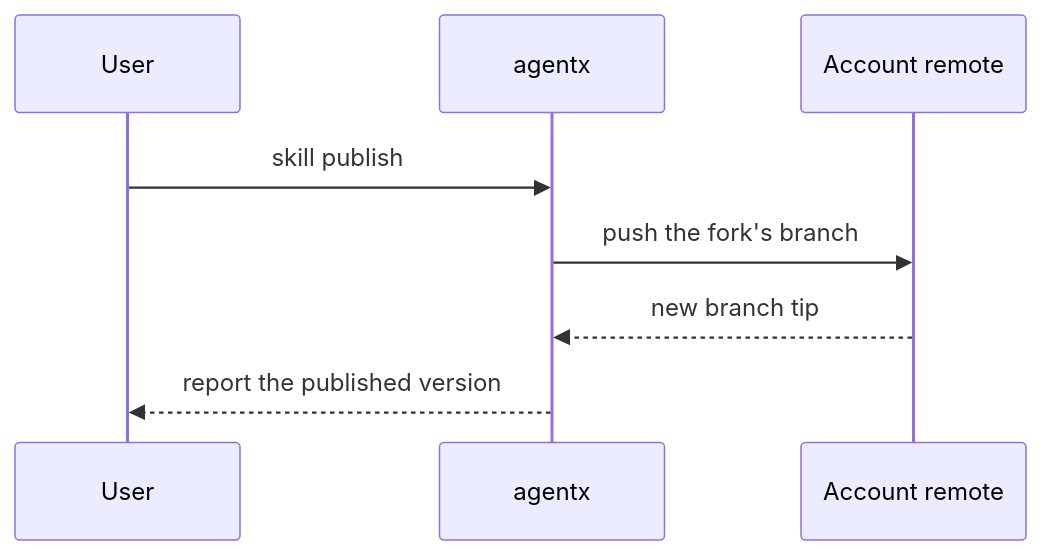
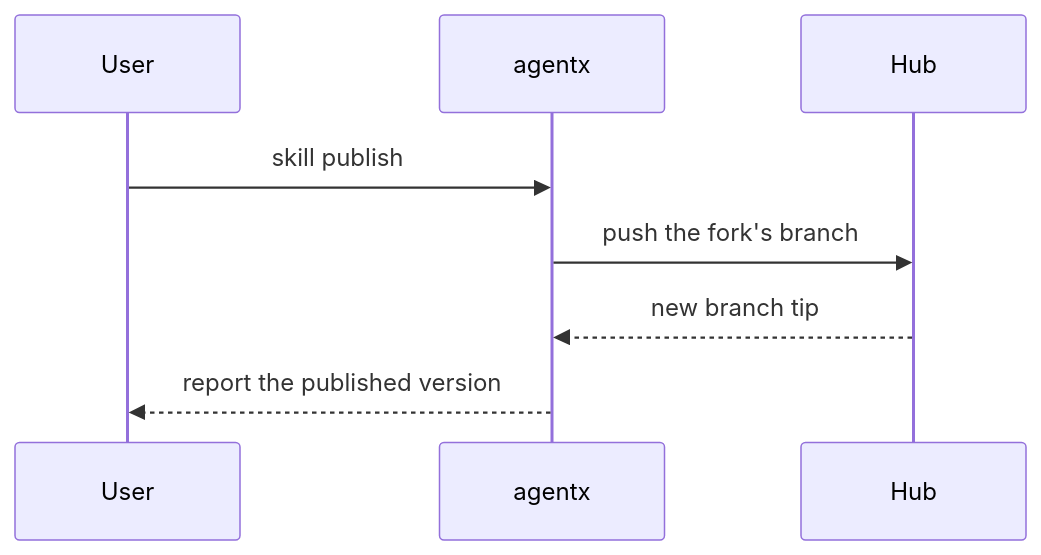
The diagram in .agents/skills/pr/SKILL.md (grundmanise/agentx), drawn with Mermaid before and after one commit. The commit also changed 184 other files, not shown here.

First line of the commit message:
change!: rename the account remote to hub, and personal skills to hub skills

````diff
--- a/.agents/skills/pr/SKILL.md
+++ b/.agents/skills/pr/SKILL.md
@@ -54,10 +54,10 @@
 ```mermaid
 sequenceDiagram
     participant User
     participant CLI as agentx
-    participant Remote as Account remote
+    participant Remote as Hub
     User->>CLI: skill publish
     CLI->>Remote: push the fork's branch
     Remote-->>CLI: new branch tip
     CLI-->>User: report the published version
 ```
````
